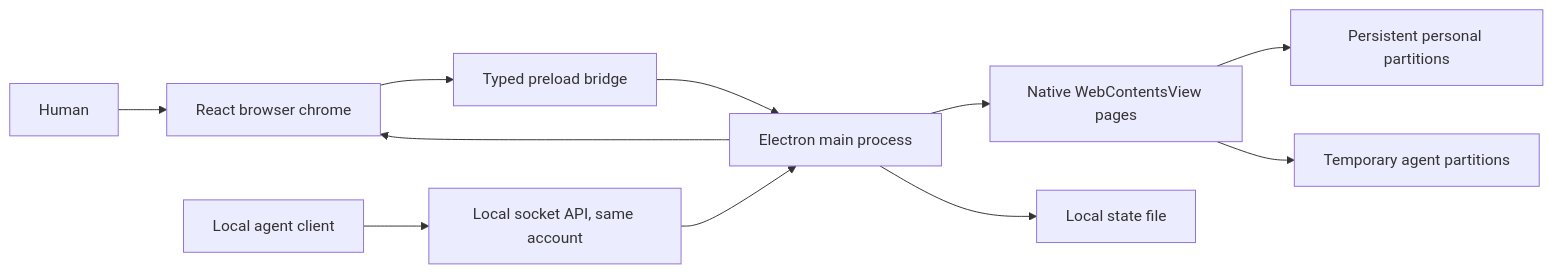
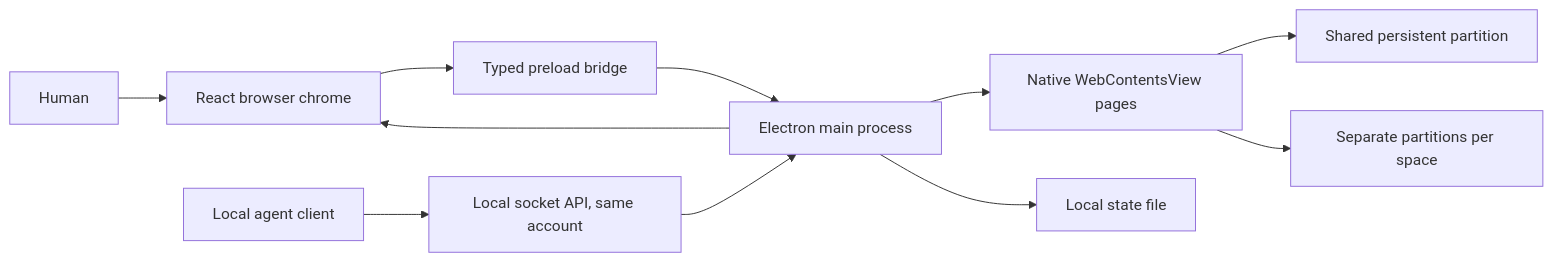
The diagram in docs/architecture.md (shayanmohd/grove-browser), drawn with Mermaid before and after one commit. The commit also changed other lines of this file and 7 other files, not shown here.

````diff
--- a/docs/architecture.md
+++ b/docs/architecture.md
@@ -5,13 +5,13 @@
 ```mermaid
 flowchart LR
   Human[Human] --> UI[React browser chrome]
   UI --> Preload[Typed preload bridge]
   Preload --> Main[Electron main process]
   Agent[Local agent client] --> API[Local socket API, same account]
   API --> Main
   Main --> Views[Native WebContentsView pages]
-  Views --> Personal[Persistent personal partitions]
-  Views --> Temporary[Temporary agent partitions]
+  Views --> Shared[Shared persistent partition]
+  Views --> Separate[Separate partitions per space]
   Main --> State[Local state file]
   Main --> UI
 ```
````
